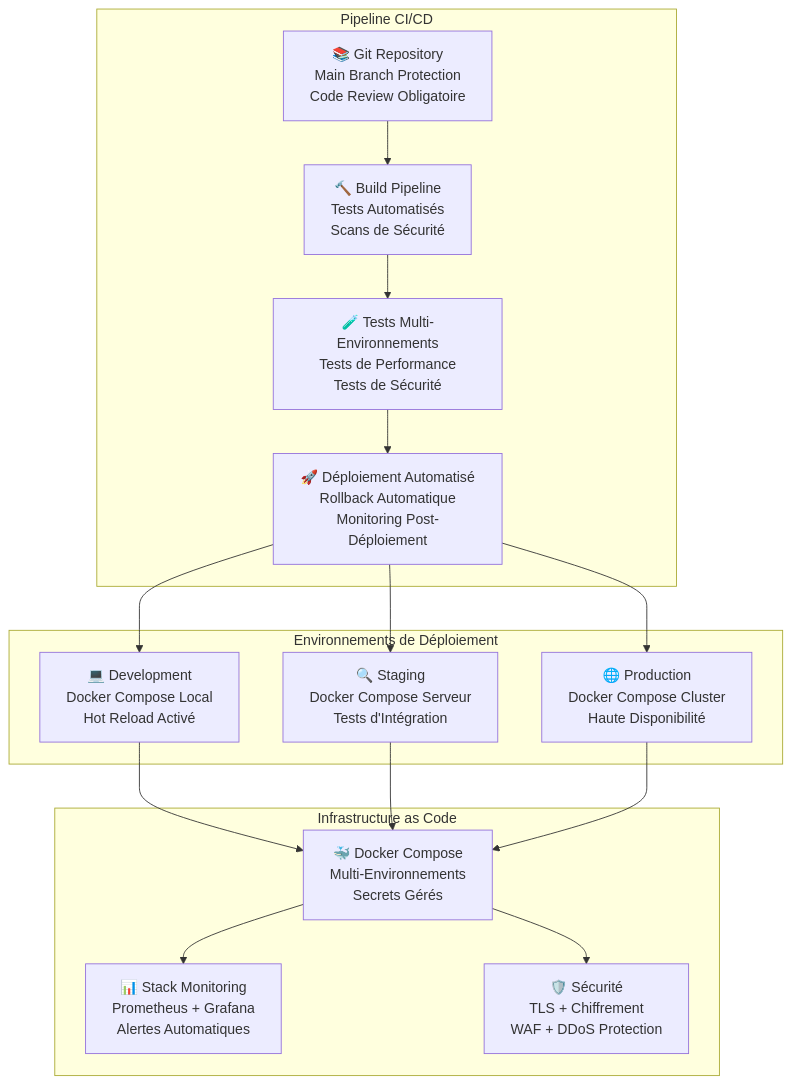
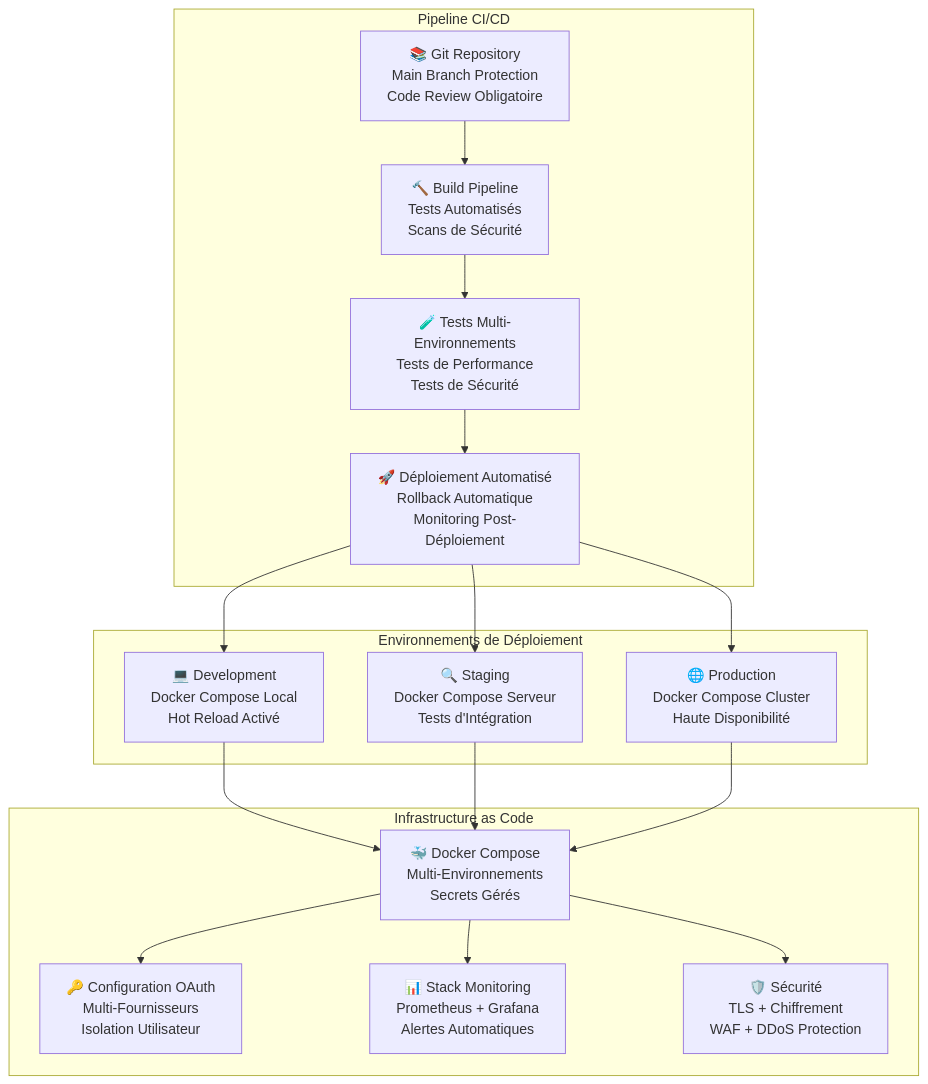
The diagram in docs/architecture/6_MAS_deployment.md (BlokusPokus/ai_assistant), drawn with Mermaid before and after one commit. The commit also changed other lines of this file and 13 other files, not shown here.

First line of the commit message:
feat: Enhance Architecture Documentation for Multi-User Support and OAuth Integration

````diff
--- a/docs/architecture/6_MAS_deployment.md
+++ b/docs/architecture/6_MAS_deployment.md
@@ -7,36 +7,38 @@
 ```mermaid
 graph TB
     subgraph "Pipeline CI/CD"
         GIT[📚 Git Repository<br/>Main Branch Protection<br/>Code Review Obligatoire]
         BUILD[🔨 Build Pipeline<br/>Tests Automatisés<br/>Scans de Sécurité]
         TEST[🧪 Tests Multi-Environnements<br/>Tests de Performance<br/>Tests de Sécurité]
         DEPLOY[🚀 Déploiement Automatisé<br/>Rollback Automatique<br/>Monitoring Post-Déploiement]
     end
 
     subgraph "Environnements de Déploiement"
         DEV[💻 Development<br/>Docker Compose Local<br/>Hot Reload Activé]
         STAGE[🔍 Staging<br/>Docker Compose Serveur<br/>Tests d'Intégration]
         PROD[🌐 Production<br/>Docker Compose Cluster<br/>Haute Disponibilité]
     end
 
     subgraph "Infrastructure as Code"
         DOCKER[🐳 Docker Compose<br/>Multi-Environnements<br/>Secrets Gérés]
+        OAUTH_CONFIG[🔑 Configuration OAuth<br/>Multi-Fournisseurs<br/>Isolation Utilisateur]
         MONITORING[📊 Stack Monitoring<br/>Prometheus + Grafana<br/>Alertes Automatiques]
         SECURITY[🛡️ Sécurité<br/>TLS + Chiffrement<br/>WAF + DDoS Protection]
     end
 
     GIT --> BUILD
     BUILD --> TEST
     TEST --> DEPLOY
 
     DEPLOY --> DEV
     DEPLOY --> STAGE
     DEPLOY --> PROD
 
     DEV --> DOCKER
     STAGE --> DOCKER
     PROD --> DOCKER
 
+    DOCKER --> OAUTH_CONFIG
     DOCKER --> MONITORING
     DOCKER --> SECURITY
 ```
````
